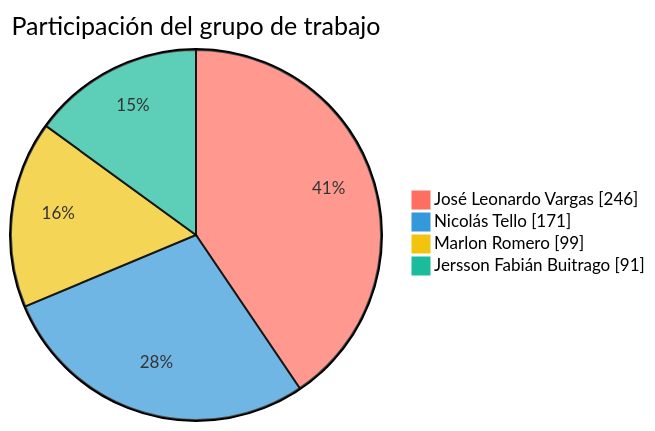
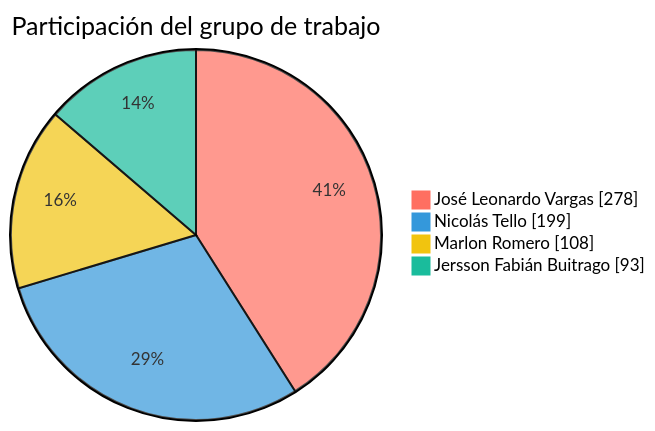
The first of 2 diagrams in README.md (FarmaExpres/FarmaExpres), drawn with Mermaid before and after one commit. The commit also changed other lines of this file and 1 other file, not shown here.

````diff
--- a/README.md
+++ b/README.md
@@ -391,9 +391,9 @@
 ```mermaid
 %%{init: {"themeVariables": {"pie1": "#ff6f61", "pie2": "#3498db", "pie3": "#f1c40f", "pie4": "#1abc9c", "pieLabelColor": "#000000", "pieLabelFontSize": "24px", "pieLabelFontWeight": "700"}}}%%
 pie showData
     title Participación del grupo de trabajo
-    "José Leonardo Vargas" : 246
-    "Nicolás Tello" : 171
-    "Marlon Romero" : 99
-    "Jersson Fabián Buitrago" : 91
+    "José Leonardo Vargas" : 278
+    "Nicolás Tello" : 199
+    "Marlon Romero" : 108
+    "Jersson Fabián Buitrago" : 93
 ```
````
